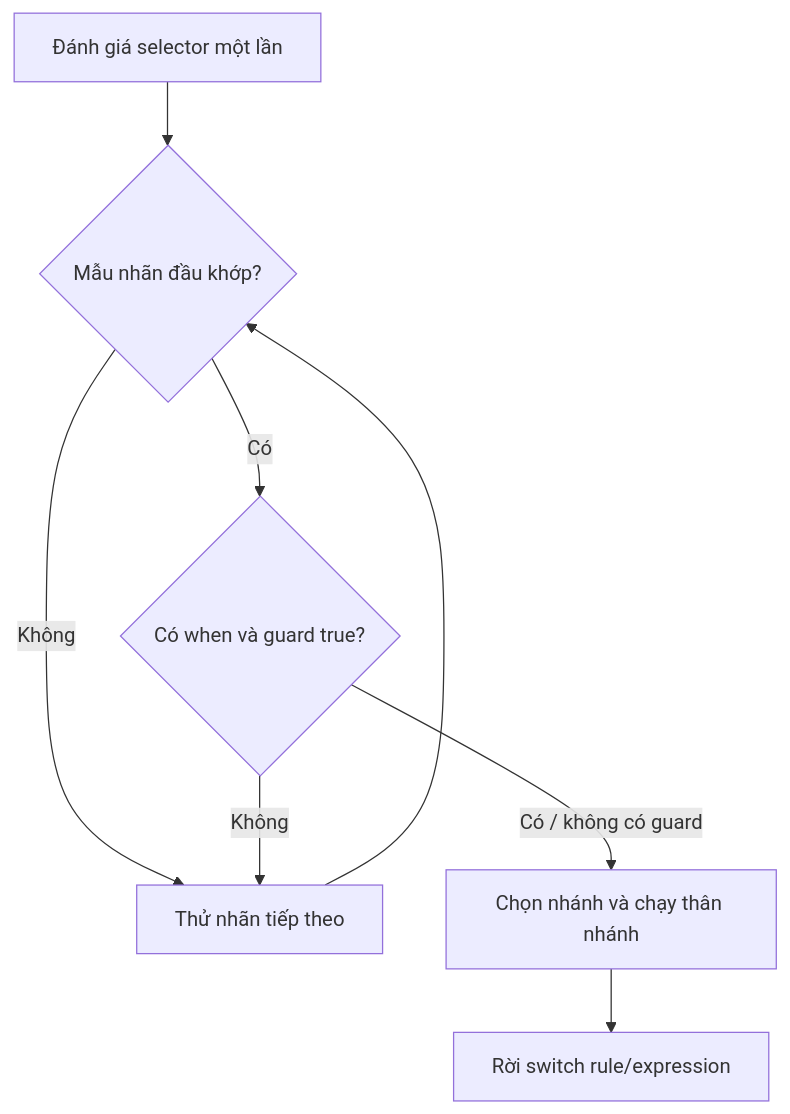
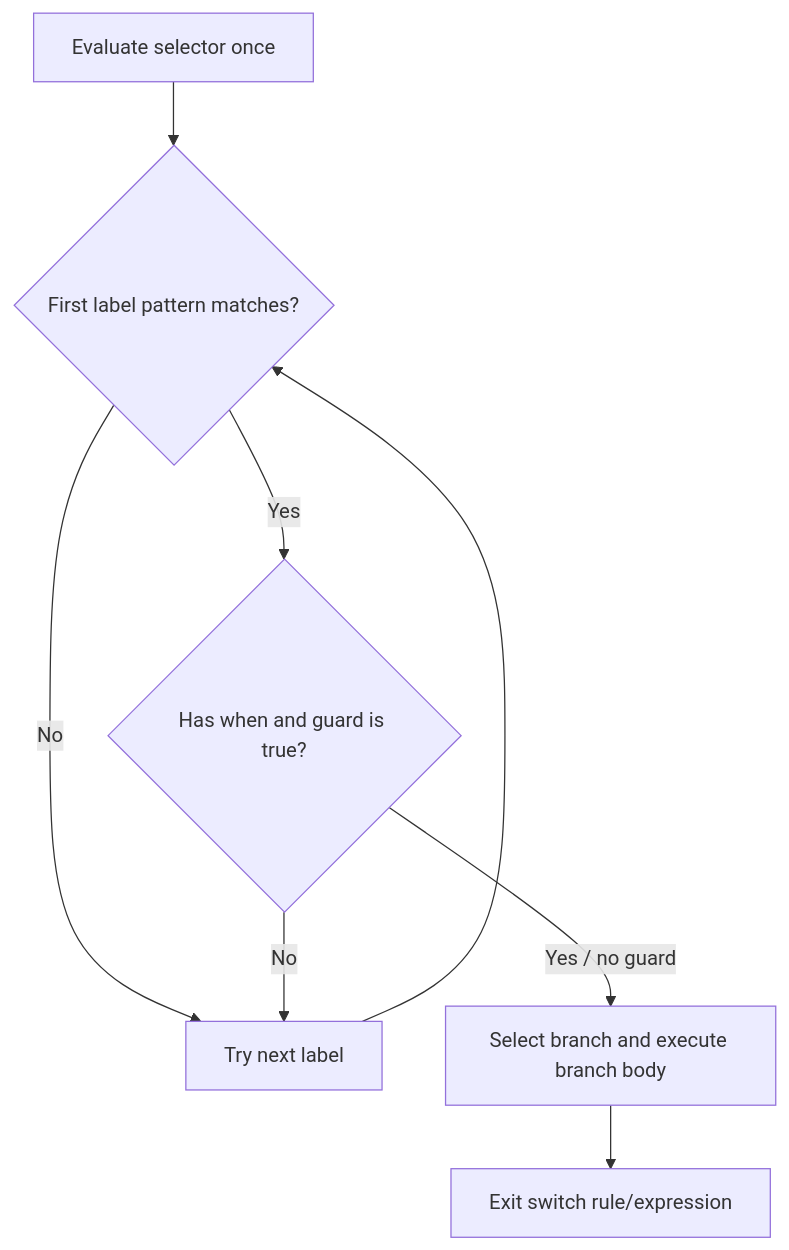
Before and after one commit to phuongnguyenit93/learning-platform-data: the diagram in module/platform/development/programming/language/java/core/language-basics/content/knowledge/en/21.type-patterns/type-patterns-006.md, drawn with Mermaid. The commit also changed other lines of this file and 2307 other files, not shown here.

```diff
--- a/module/platform/development/programming/language/java/core/language-basics/content/knowledge/en/21.type-patterns/type-patterns-006.md
+++ b/module/platform/development/programming/language/java/core/language-basics/content/knowledge/en/21.type-patterns/type-patterns-006.md
@@ -53,10 +53,10 @@
 ~~~mermaid
 flowchart TD
-    A["Đánh giá selector một lần"] --> B{"Mẫu nhãn đầu khớp?"}
-    B -- "Không" --> F["Thử nhãn tiếp theo"]
-    B -- "Có" --> C{"Có when và guard true?"}
-    C -- "Không" --> F
-    C -- "Có / không có guard" --> D["Chọn nhánh và chạy thân nhánh"]
+    A["Evaluate selector once"] --> B{"First label pattern matches?"}
+    B -- "No" --> F["Try next label"]
+    B -- "Yes" --> C{"Has when and guard is true?"}
+    C -- "No" --> F
+    C -- "Yes / no guard" --> D["Select branch and execute branch body"]
     F --> B
-    D --> E["Rời switch rule/expression"]
+    D --> E["Exit switch rule/expression"]
 ~~~
```
